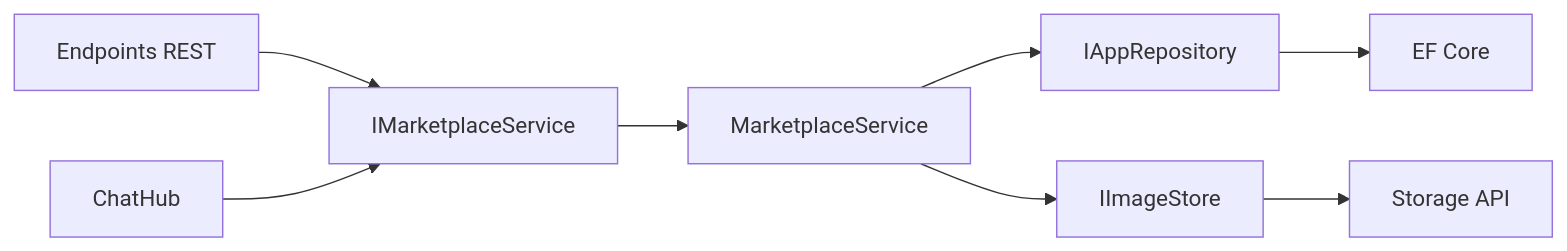
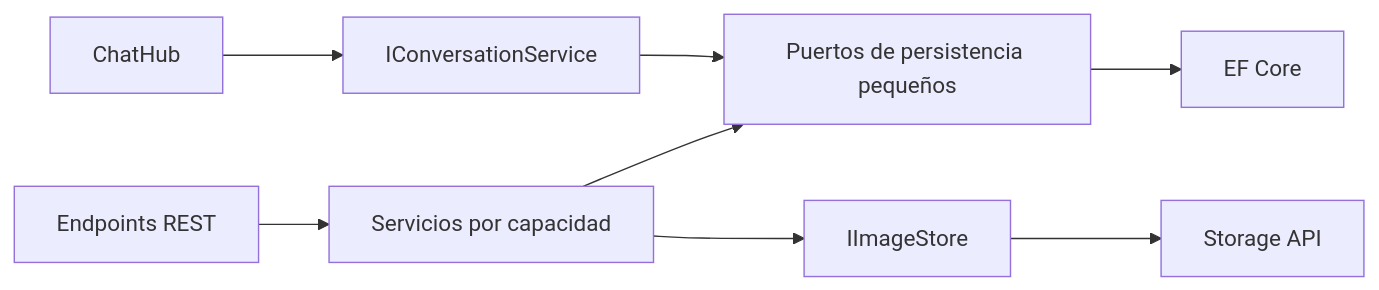
The third of 6 diagrams in docs/architecture.md (Senku-Dev-M/qatu-marketplace), drawn with Mermaid before and after one commit. The commit also changed other lines of this file and 149 other files, not shown here.

Commit message:
Refactor architecture and remove self-hosted Supabase

````diff
--- a/docs/architecture.md
+++ b/docs/architecture.md
@@ -26,10 +26,10 @@
 ```mermaid
 flowchart LR
-  Endpoints[Endpoints REST] --> Contract[IMarketplaceService]
-  Hub[ChatHub] --> Contract
-  Contract --> Market[MarketplaceService]
-  Market --> Store[IAppRepository]
-  Market --> Images[IImageStore]
-  Store --> EF[EF Core]
+  Endpoints[Endpoints REST] --> UseCases[Servicios por capacidad]
+  Hub[ChatHub] --> Conversations[IConversationService]
+  UseCases --> Ports[Puertos de persistencia pequeños]
+  Conversations --> Ports
+  UseCases --> Images[IImageStore]
+  Ports --> EF[EF Core]
   Images --> Supabase[Storage API]
 ```
````
